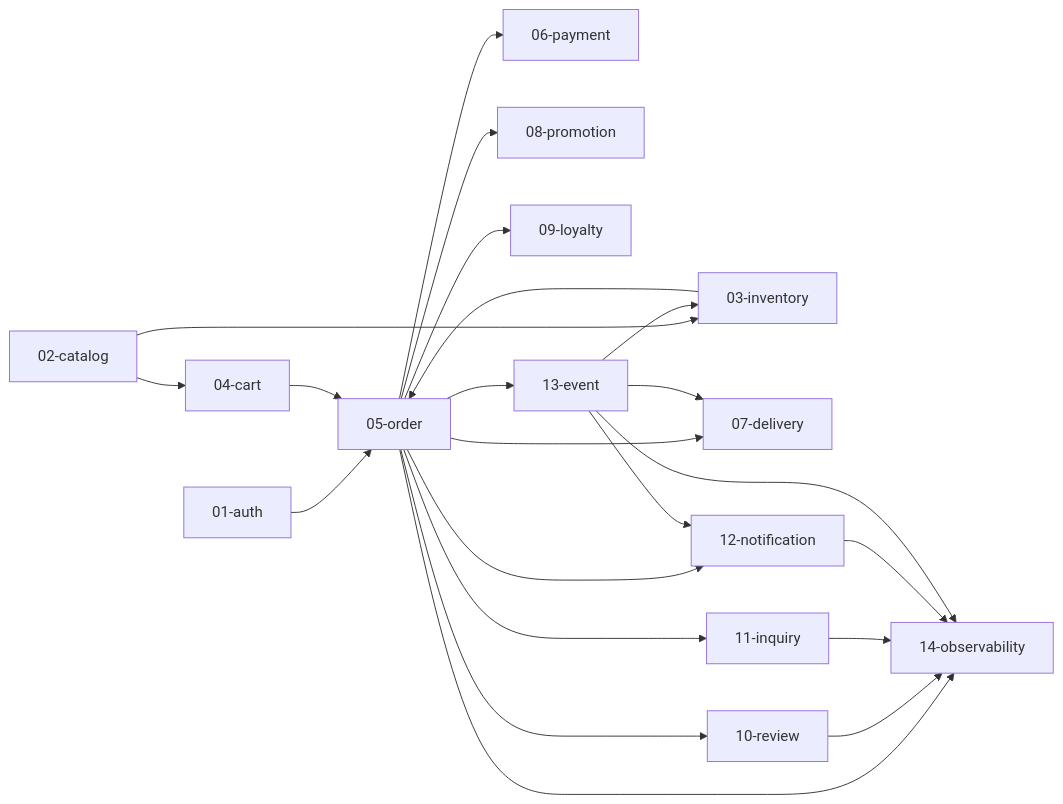
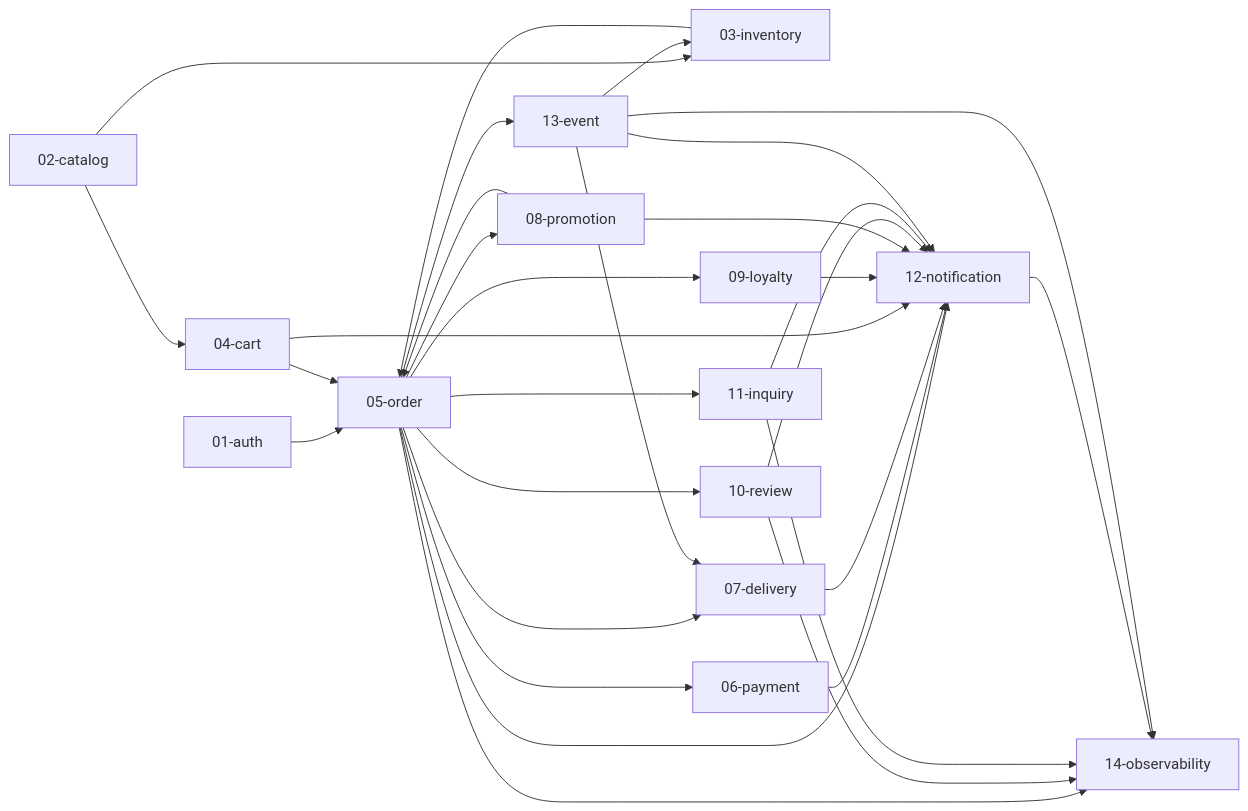
Before and after one commit to p-iknow/fullstack-forge: the third of 4 diagrams in docs/01-prd/00-overview.md, drawn with Mermaid. The commit also changed other lines of this file and 61 other files, not shown here.

````diff
--- a/docs/01-prd/00-overview.md
+++ b/docs/01-prd/00-overview.md
@@ -166,24 +194,32 @@
 ```mermaid
 graph LR
   D01["01-auth"] --> D05["05-order"]
   D02["02-catalog"] --> D03["03-inventory"]
   D02 --> D04["04-cart"]
   D03 --> D05
   D04 --> D05
   D05 --> D06["06-payment"]
   D05 --> D07["07-delivery"]
   D05 --> D08["08-promotion"]
+  D08 --> D05
   D05 --> D09["09-loyalty"]
   D05 --> D10["10-review"]
   D05 --> D11["11-inquiry"]
   D05 --> D12["12-notification"]
   D05 --> D13["13-event"]
+  D06 --> D12
+  D07 --> D12
+  D04 --> D12
+  D09 --> D12
+  D08 --> D12
+  D10 --> D12
+  D11 --> D12
   D13 --> D03
   D13 --> D07
   D13 --> D12
   D05 --> D14["14-observability"]
   D10 --> D14
   D11 --> D14
   D12 --> D14
   D13 --> D14
 ```
````
